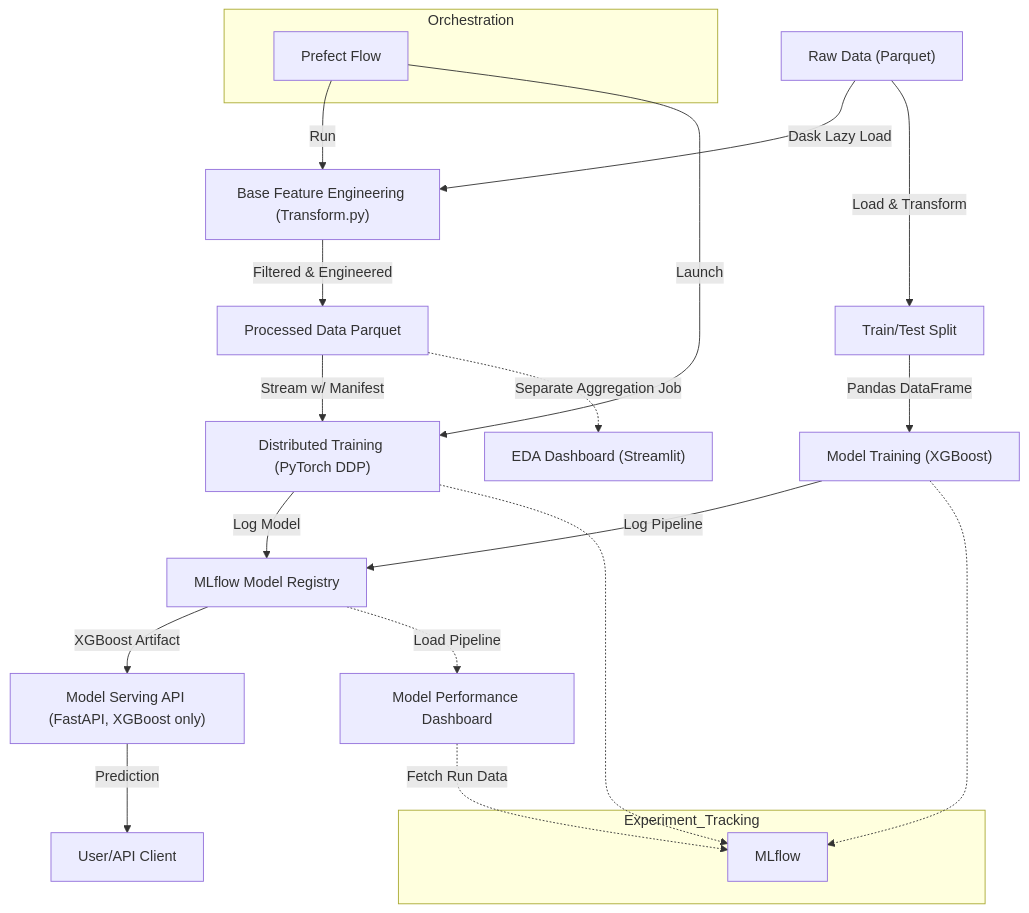
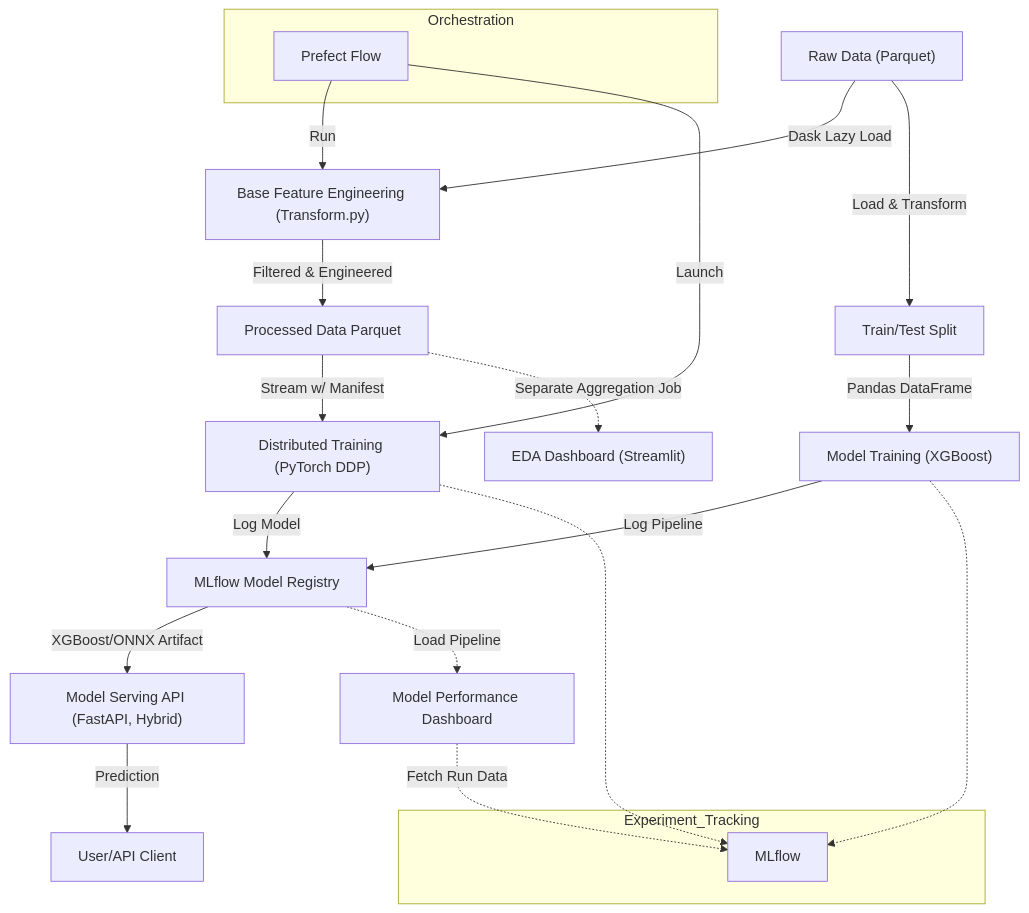
One commit to lokeshmanchi/NYC-Taxi-MLOPS changed the diagram in README.md. Above: the diagram before and after it, drawn with Mermaid. The commit also changed other lines of this file and 5 other files, not shown here.

````diff
--- a/README.md
+++ b/README.md
@@ -5,25 +5,25 @@
 ```mermaid
 flowchart TD
     A["Raw Data (Parquet)"] -->|Dask Lazy Load| B["Base Feature Engineering (Transform.py)"]
     B -->|Filtered & Engineered| C["Processed Data Parquet"]
     C -->|Stream w/ Manifest| E2["Distributed Training (PyTorch DDP)"]
     E2 -->|Log Model| F["MLflow Model Registry"]
     A -->|Load & Transform| D["Train/Test Split"]
     D -->|Pandas DataFrame| E["Model Training (XGBoost)"]
     E -->|Log Pipeline| F
-    F -->|XGBoost Artifact| G["Model Serving API (FastAPI, XGBoost only)"]
+    F -->|XGBoost/ONNX Artifact| G["Model Serving API (FastAPI, Hybrid)"]
     G -->|Prediction| H["User/API Client"]
     C -.->|Separate Aggregation Job| I["EDA Dashboard (Streamlit)"]
     F -.->|Load Pipeline| J["Model Performance Dashboard"]
     subgraph Orchestration
       K["Prefect Flow"]
     end
     K -->|Run| B
     K -->|Launch| E2
     subgraph Experiment_Tracking
       L["MLflow"]
     end
     E -.-> L
     E2 -.-> L
     J -.->|Fetch Run Data| L
 ```
````
